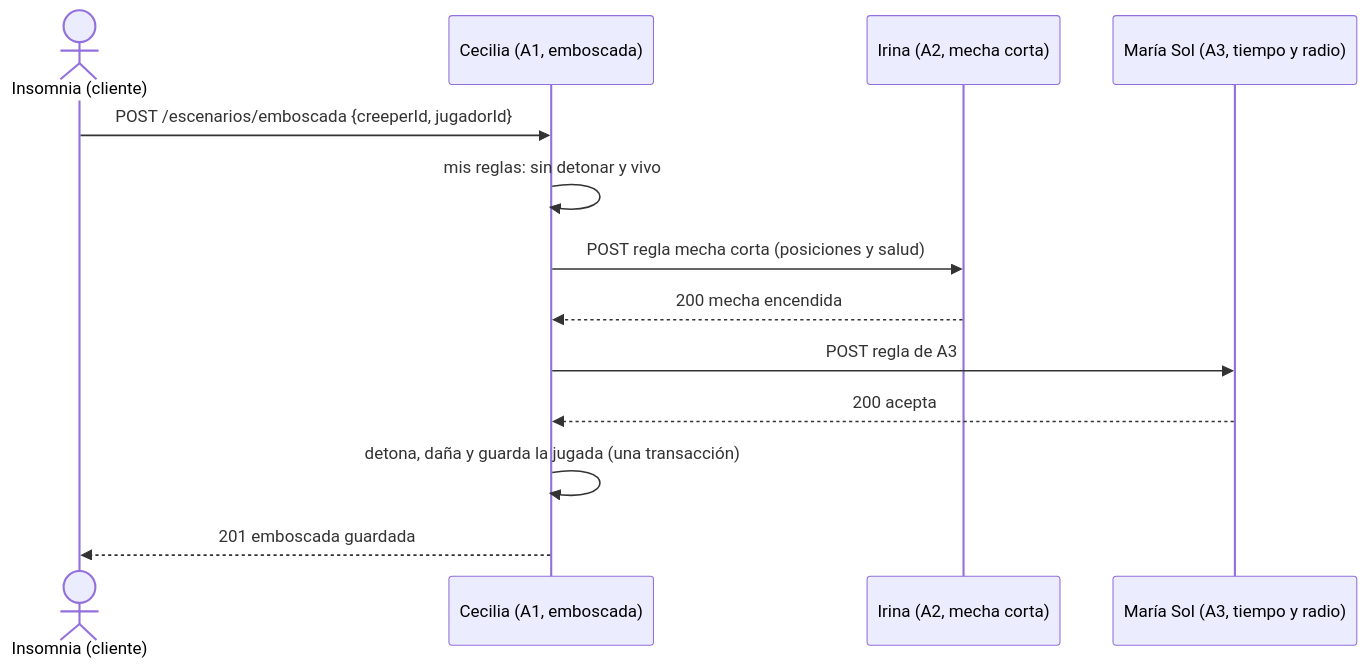
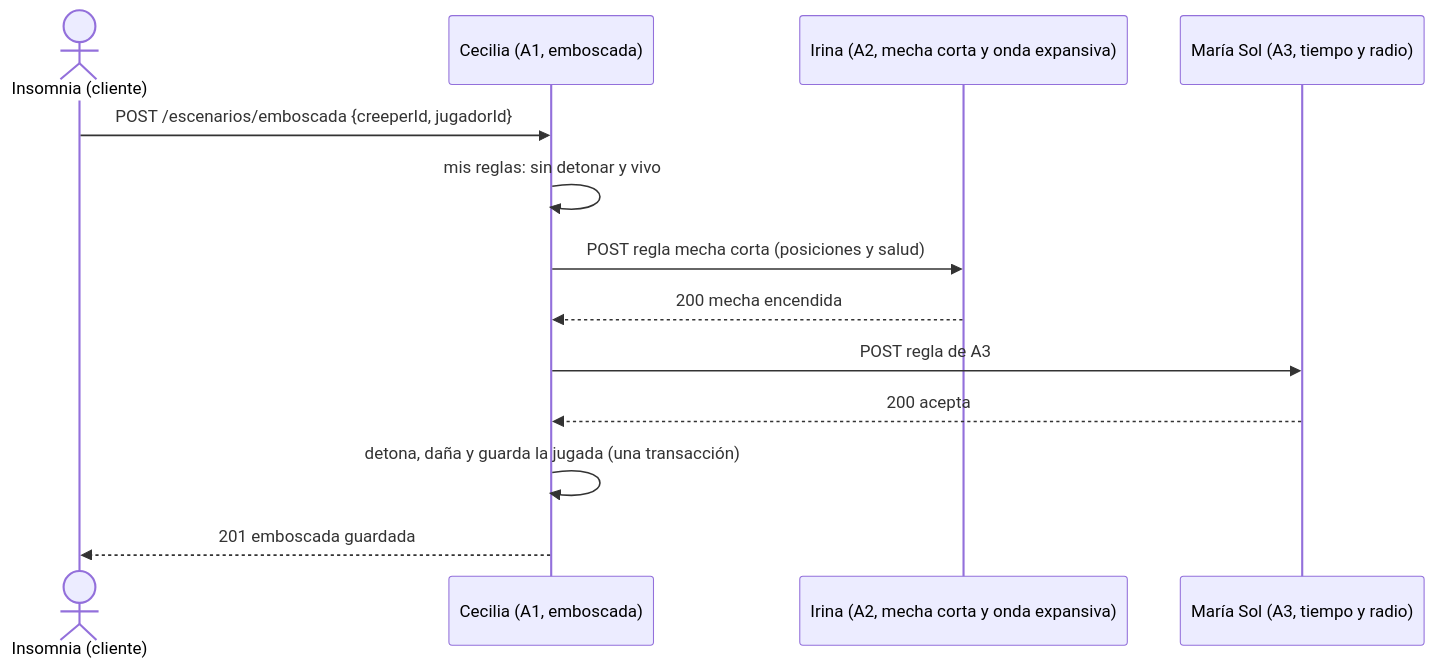
One commit to CeciBasu/clbasualdo-taller-git-2026 changed the first of 4 diagrams in README.md. Above: the diagram before and after it, drawn with Mermaid. The commit also changed other lines of this file, not shown here.

Commit message:
docs: agrega la onda expansiva entre las reglas de A2

````diff
--- a/README.md
+++ b/README.md
@@ -98,16 +100,16 @@
 ```mermaid
 sequenceDiagram
     actor Cliente as Insomnia (cliente)
     participant A1 as Cecilia (A1, emboscada)
-    participant A2 as Irina (A2, mecha corta)
+    participant A2 as Irina (A2, mecha corta y onda expansiva)
     participant A3 as María Sol (A3, tiempo y radio)
 
     Cliente->>A1: POST /escenarios/emboscada {creeperId, jugadorId}
     A1->>A1: mis reglas: sin detonar y vivo
     A1->>A2: POST regla mecha corta (posiciones y salud)
     A2-->>A1: 200 mecha encendida
     A1->>A3: POST regla de A3
     A3-->>A1: 200 acepta
     A1->>A1: detona, daña y guarda la jugada (una transacción)
     A1-->>Cliente: 201 emboscada guardada
 ```
````
